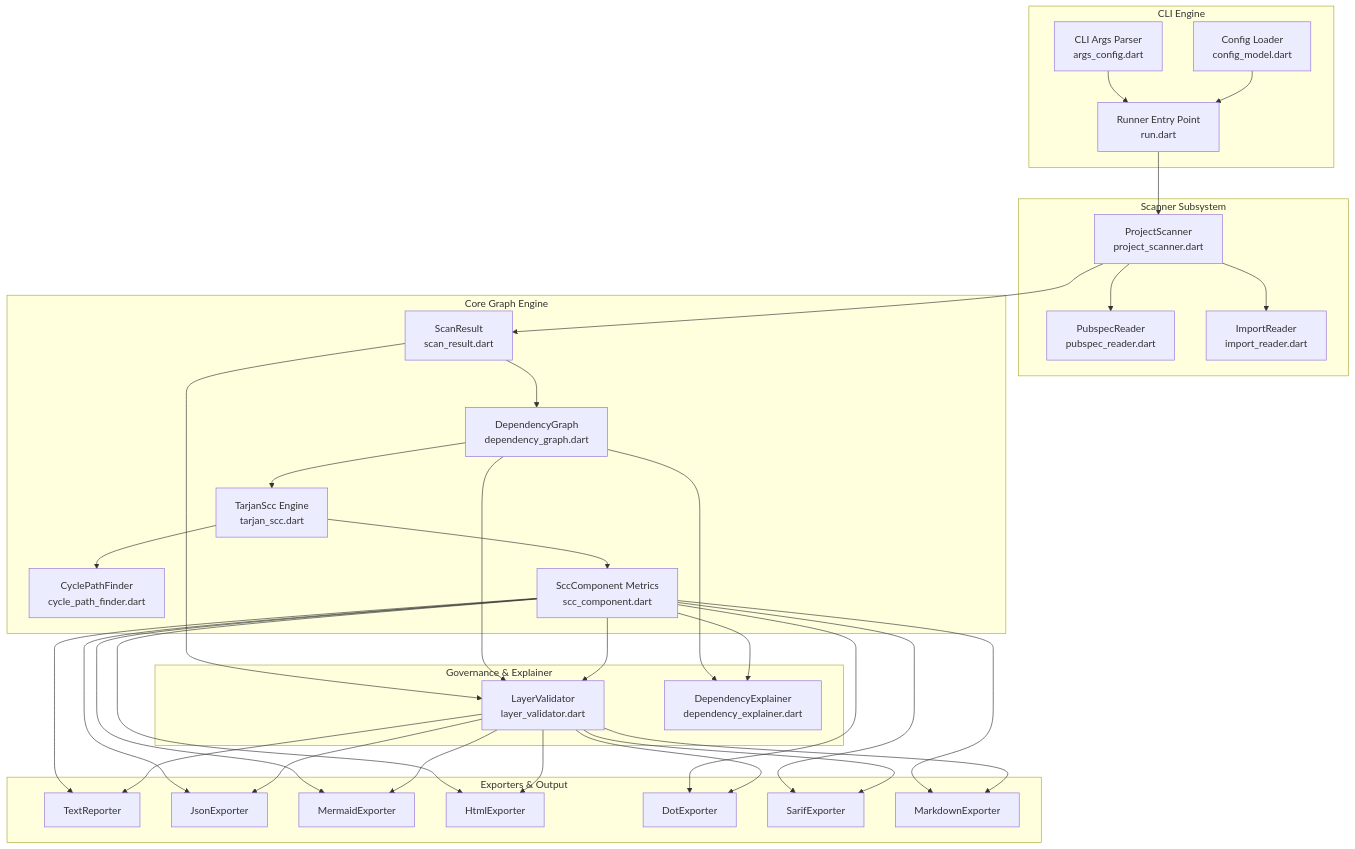
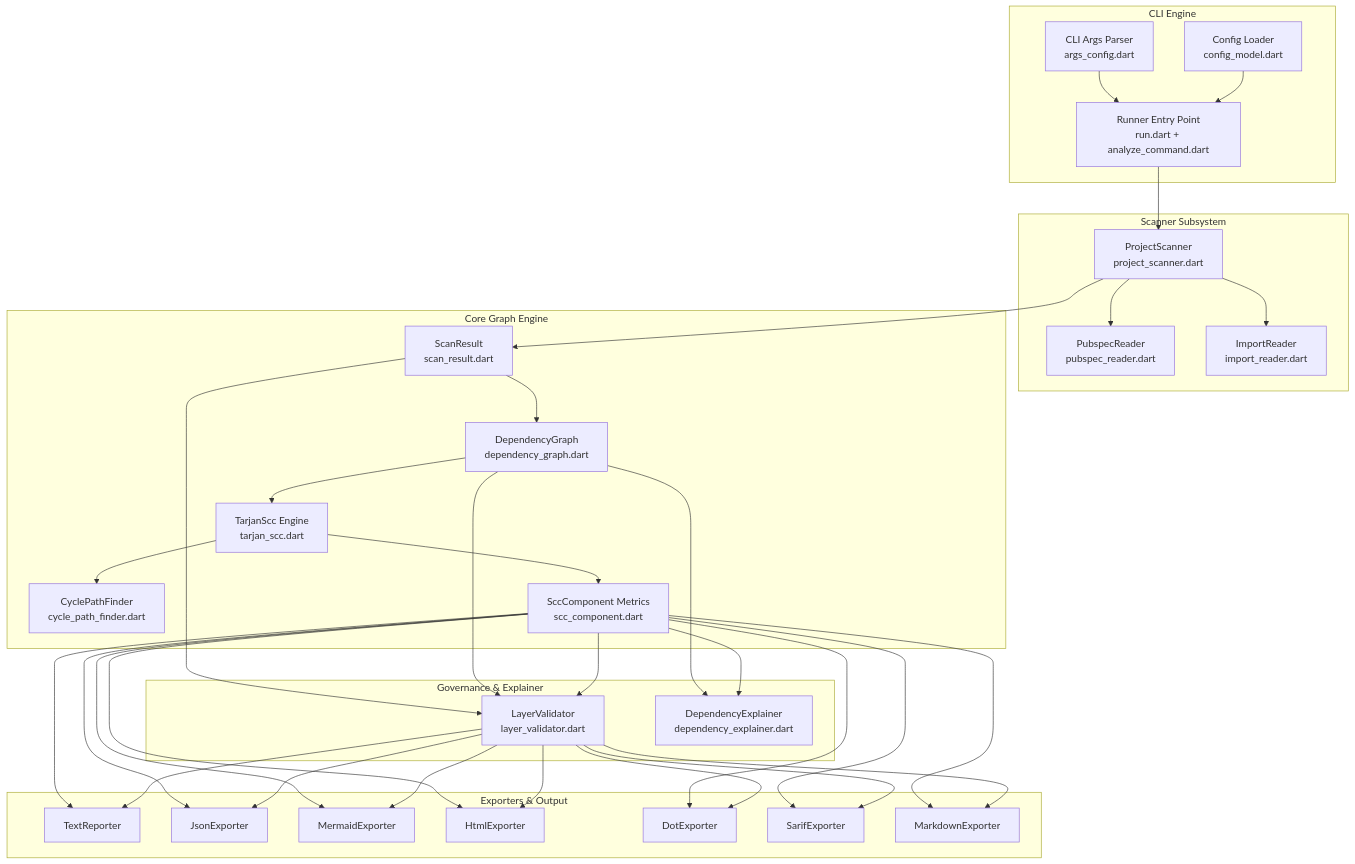
One commit to creatorpiyush/arch_guard changed the first of 2 diagrams in ARCHITECTURE.md. Above: the diagram before and after it, drawn with Mermaid. The commit also changed other lines of this file and 4 other files, not shown here.

````diff
--- a/ARCHITECTURE.md
+++ b/ARCHITECTURE.md
@@ -23,36 +23,36 @@
 ```mermaid
 flowchart TD
     subgraph CLI Engine
-        A[CLI Args Parser\nargs_config.dart] --> B[Runner Entry Point\nrun.dart]
+        A[CLI Args Parser\nargs_config.dart] --> B[Runner Entry Point\nrun.dart + analyze_command.dart]
         C[Config Loader\nconfig_model.dart] --> B
     end
 
     subgraph Scanner Subsystem
         B --> D[ProjectScanner\nproject_scanner.dart]
         D --> E[PubspecReader\npubspec_reader.dart]
         D --> F[ImportReader\nimport_reader.dart]
     end
 
     subgraph Core Graph Engine
         D --> G[ScanResult\nscan_result.dart]
         G --> H[DependencyGraph\ndependency_graph.dart]
         H --> I[TarjanScc Engine\ntarjan_scc.dart]
         I --> J[CyclePathFinder\ncycle_path_finder.dart]
         I --> K[SccComponent Metrics\nscc_component.dart]
     end
 
     subgraph Governance & Explainer
         G & H & K --> L[LayerValidator\nlayer_validator.dart]
         H & K --> M[DependencyExplainer\ndependency_explainer.dart]
     end
 
     subgraph Exporters & Output
         K & L --> N[TextReporter]
         K & L --> O[JsonExporter]
         K & L --> P[MermaidExporter]
         K & L --> Q[HtmlExporter]
         K & L --> R[DotExporter]
         K & L --> S[SarifExporter]
         K & L --> T[MarkdownExporter]
     end
 ```
````
